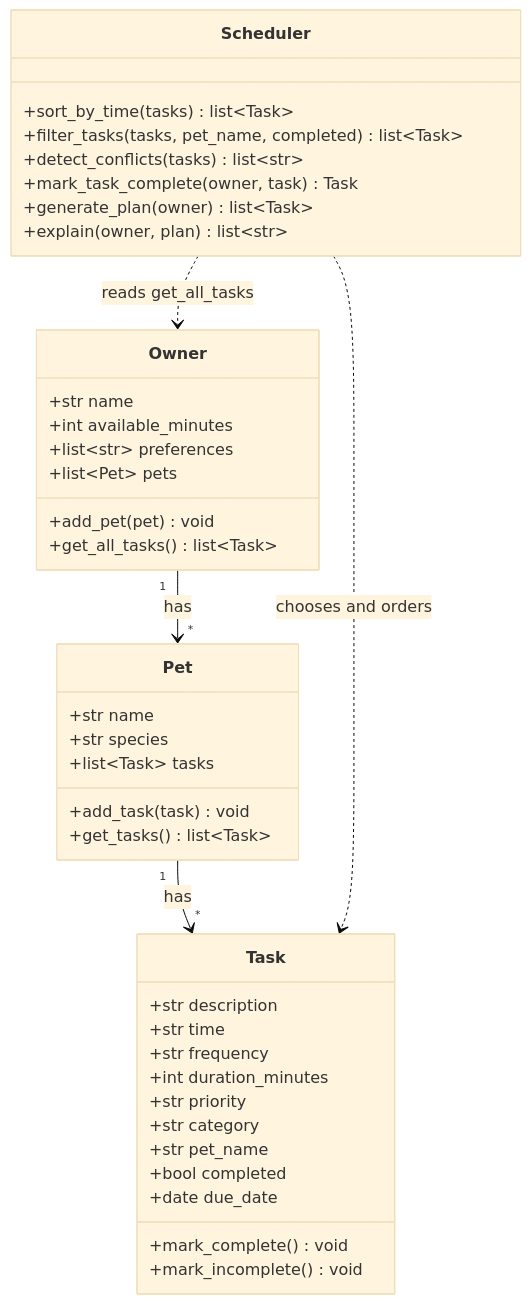
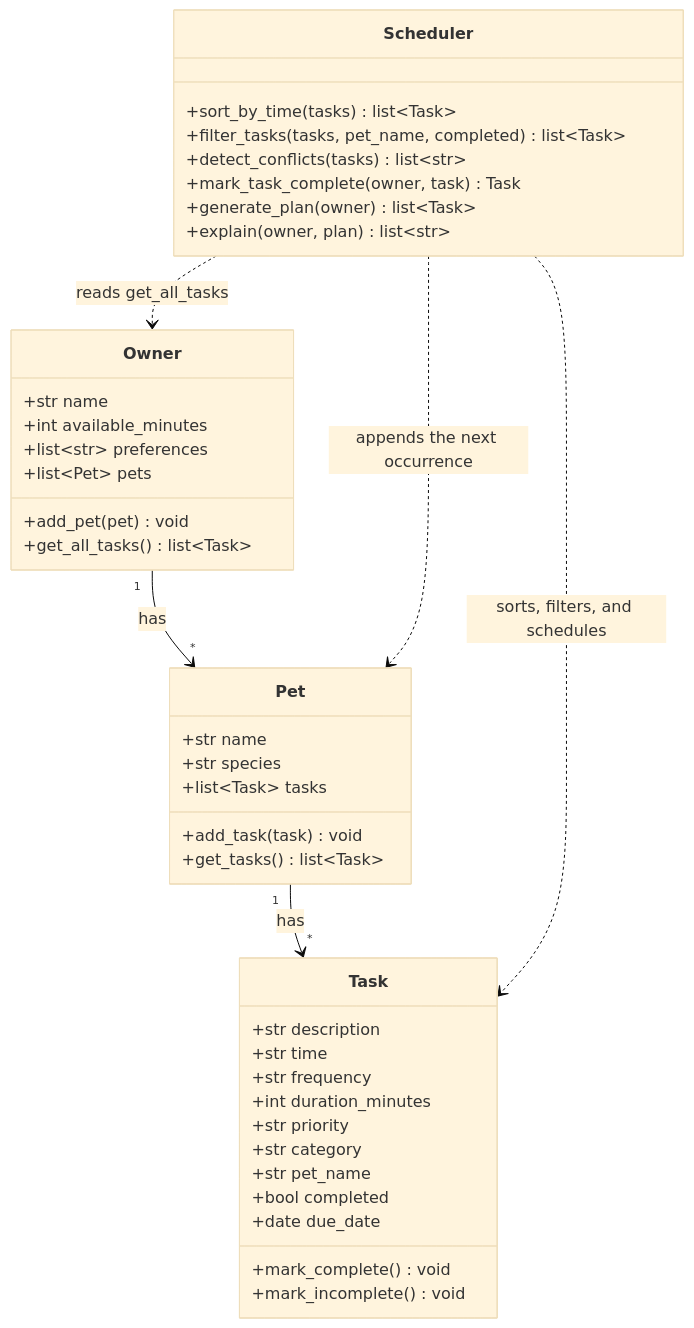
The diagram in diagrams/uml.mmd (lopemyg/ai110-module2show-pawpal-starter), drawn with Mermaid (base theme) before and after one commit. The commit also changed 5 other files, not shown here.

```diff
--- a/diagrams/uml.mmd
+++ b/diagrams/uml.mmd
@@ -1,48 +1,51 @@
 classDiagram
-    %% PawPal+ draft. Four classes only. Update this file in Phase 6
-    %% so it matches the implementation.
+    %% Final PawPal+ diagram. Matches pawpal_system.py.
+    %% The Scheduler stores no pets or tasks. It reads the Owner
+    %% and, when a recurring task is completed, appends the next
+    %% occurrence to that pet.
 
     class Owner {
         +str name
         +int available_minutes
         +list~str~ preferences
         +list~Pet~ pets
         +add_pet(pet) void
         +get_all_tasks() list~Task~
     }
 
     class Pet {
         +str name
         +str species
         +list~Task~ tasks
         +add_task(task) void
         +get_tasks() list~Task~
     }
 
     class Task {
         +str description
         +str time
         +str frequency
         +int duration_minutes
         +str priority
         +str category
         +str pet_name
         +bool completed
         +date due_date
         +mark_complete() void
         +mark_incomplete() void
     }
 
     class Scheduler {
         +sort_by_time(tasks) list~Task~
         +filter_tasks(tasks, pet_name, completed) list~Task~
         +detect_conflicts(tasks) list~str~
         +mark_task_complete(owner, task) Task
         +generate_plan(owner) list~Task~
         +explain(owner, plan) list~str~
     }
 
     Owner "1" --> "*" Pet : has
     Pet "1" --> "*" Task : has
     Scheduler ..> Owner : reads get_all_tasks
-    Scheduler ..> Task : chooses and orders
+    Scheduler ..> Pet : appends the next occurrence
+    Scheduler ..> Task : sorts, filters, and schedules
```
